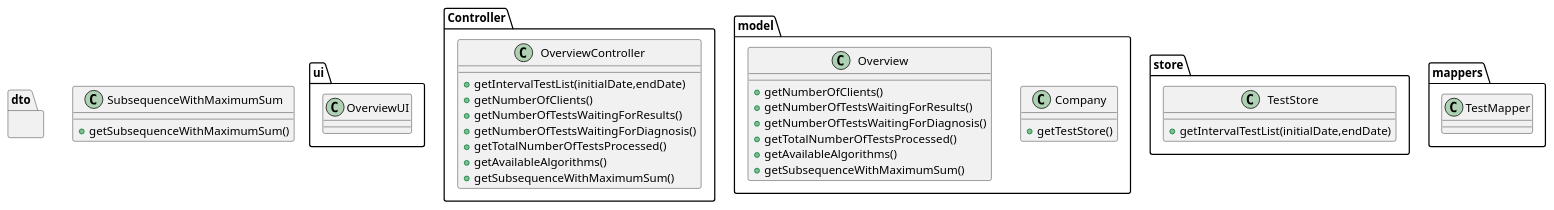
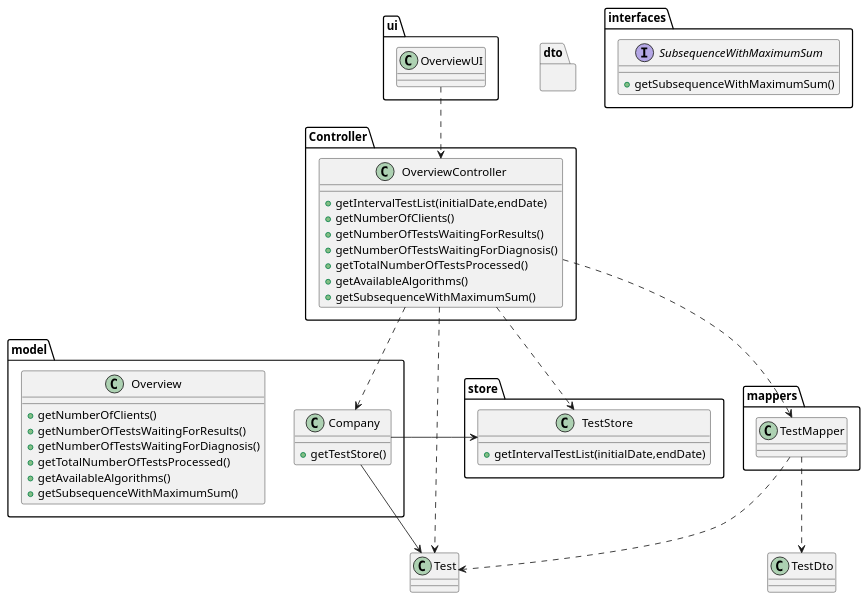
Before and after one commit to manu-07-ela/LAPR2_ISEP: the diagram in docs/SprintD/US16/US16_CD.puml, drawn with PlantUML. The commit also changed 4 other files, not shown here.

```diff
--- a/docs/SprintD/US16/US16_CD.puml
+++ b/docs/SprintD/US16/US16_CD.puml
@@ -1,59 +1,74 @@
 @startuml
 
 
 package ui {
 class OverviewUI{}
 }
 
 package Controller{
 class OverviewController{
 +getIntervalTestList(initialDate,endDate)
 +getNumberOfClients()
 +getNumberOfTestsWaitingForResults()
 +getNumberOfTestsWaitingForDiagnosis()
 +getTotalNumberOfTestsProcessed()
 +getAvailableAlgorithms()
 +getSubsequenceWithMaximumSum()
 }
 }
 
 package model{
 class Company{
 +getTestStore()
 }
 class Overview{
 +getNumberOfClients()
 +getNumberOfTestsWaitingForResults()
 +getNumberOfTestsWaitingForDiagnosis()
 +getTotalNumberOfTestsProcessed()
 +getAvailableAlgorithms()
 +getSubsequenceWithMaximumSum()
 }
 }
 
 
 
 package store{
 class TestStore{
 +getIntervalTestList(initialDate,endDate)
 }
 }
 
 package mappers{
 class TestMapper{
 }
 }
 
 
 package dto{
 }
 
-class SubsequenceWithMaximumSum{
+package interfaces{
+interface SubsequenceWithMaximumSum{
 +getSubsequenceWithMaximumSum()
 }
+}
 
+
+OverviewUI ..> OverviewController
+
+OverviewController ..> TestMapper
+OverviewController ..> TestStore
+OverviewController ..> Company
+OverviewController ..> Test
+
+Company -> Test
+Company -> TestStore
+
+TestMapper ..> TestDto
+TestMapper ..> Test
 
 
 
 
 @enduml
```
